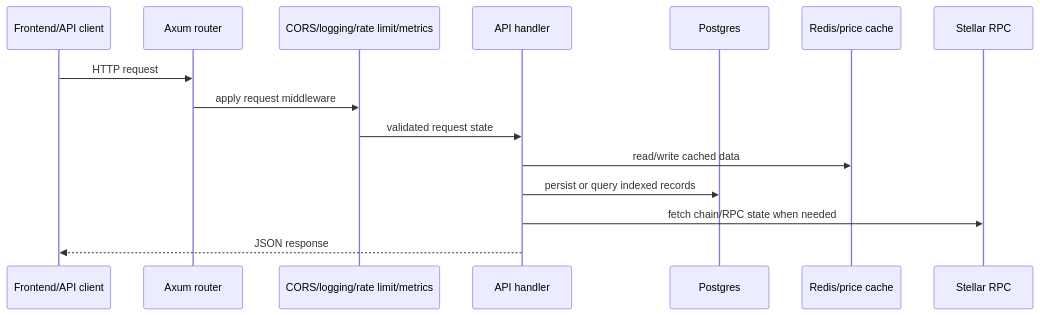
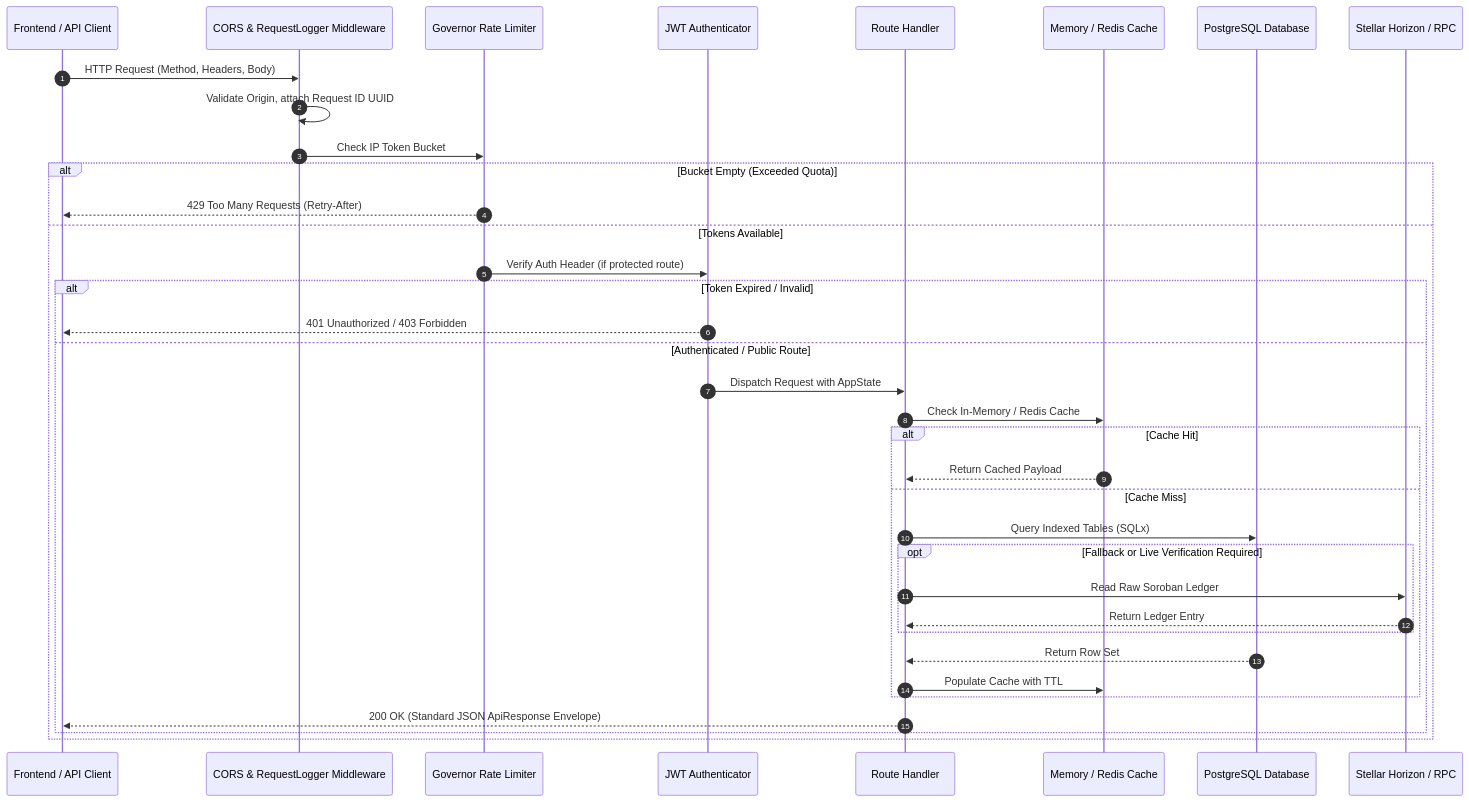
The third of 12 diagrams in docs/ARCHITECTURE_OVERVIEW.md (Web3Novalabs/predifi), drawn with Mermaid before and after one commit. The commit also changed other lines of this file and 3 other files, not shown here.

````diff
--- a/docs/ARCHITECTURE_OVERVIEW.md
+++ b/docs/ARCHITECTURE_OVERVIEW.md
@@ -222,18 +225,39 @@
 ```mermaid
 sequenceDiagram
-    participant Client as Frontend/API client
-    participant Axum as Axum router
-    participant Middleware as CORS/logging/rate limit/metrics
-    participant Handler as API handler
-    participant DB as Postgres
-    participant Cache as Redis/price cache
-    participant RPC as Stellar RPC
+    autonumber
+    participant Client as Frontend / API Client
+    participant CORS as CORS & RequestLogger Middleware
+    participant RateLimiter as Governor Rate Limiter
+    participant JWT as JWT Authenticator
+    participant Handler as Route Handler
+    participant Cache as Memory / Redis Cache
+    participant DB as PostgreSQL Database
+    participant RPC as Stellar Horizon / RPC
 
-    Client->>Axum: HTTP request
-    Axum->>Middleware: apply request middleware
-    Middleware->>Handler: validated request state
-    Handler->>Cache: read/write cached data
-    Handler->>DB: persist or query indexed records
-    Handler->>RPC: fetch chain/RPC state when needed
-    Handler-->>Client: JSON response
+    Client->>CORS: HTTP Request (Method, Headers, Body)
+    CORS->>CORS: Validate Origin, attach Request ID UUID
+    CORS->>RateLimiter: Check IP Token Bucket
+    alt Bucket Empty (Exceeded Quota)
+        RateLimiter-->>Client: 429 Too Many Requests (Retry-After)
+    else Tokens Available
+        RateLimiter->>JWT: Verify Auth Header (if protected route)
+        alt Token Expired / Invalid
+            JWT-->>Client: 401 Unauthorized / 403 Forbidden
+        else Authenticated / Public Route
+            JWT->>Handler: Dispatch Request with AppState
+            Handler->>Cache: Check In-Memory / Redis Cache
+            alt Cache Hit
+                Cache-->>Handler: Return Cached Payload
+            else Cache Miss
+                Handler->>DB: Query Indexed Tables (SQLx)
+                opt Fallback or Live Verification Required
+                    Handler->>RPC: Read Raw Soroban Ledger
+                    RPC-->>Handler: Return Ledger Entry
+                end
+                DB-->>Handler: Return Row Set
+                Handler->>Cache: Populate Cache with TTL
+            end
+            Handler-->>Client: 200 OK (Standard JSON ApiResponse Envelope)
+        end
+    end
 ```
````
